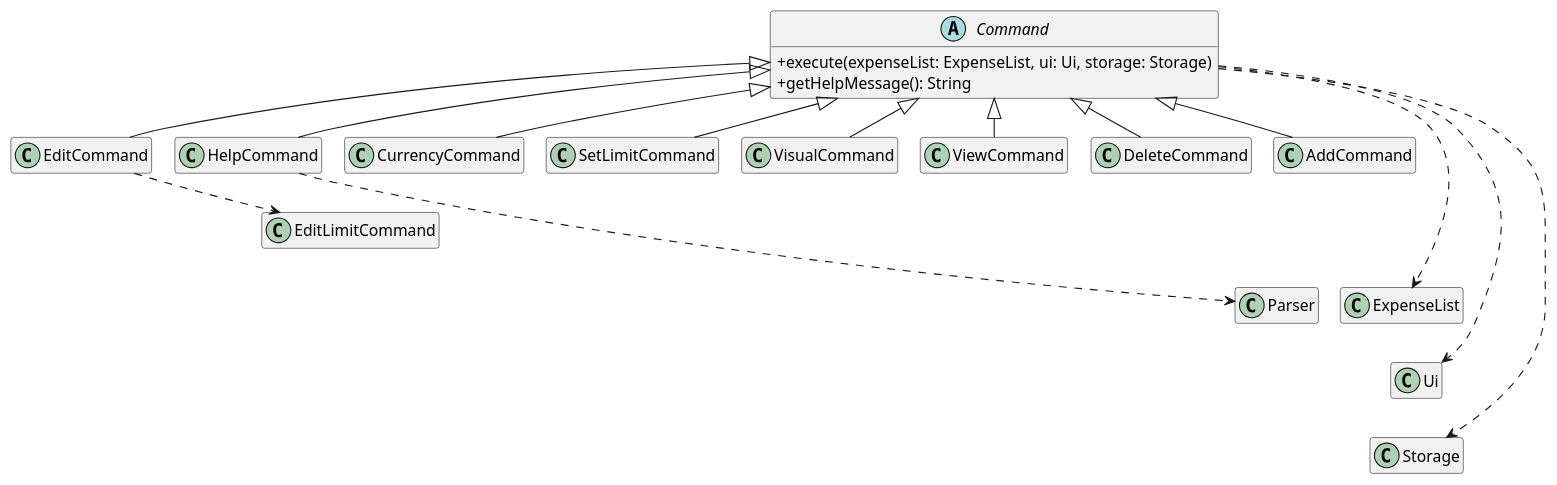
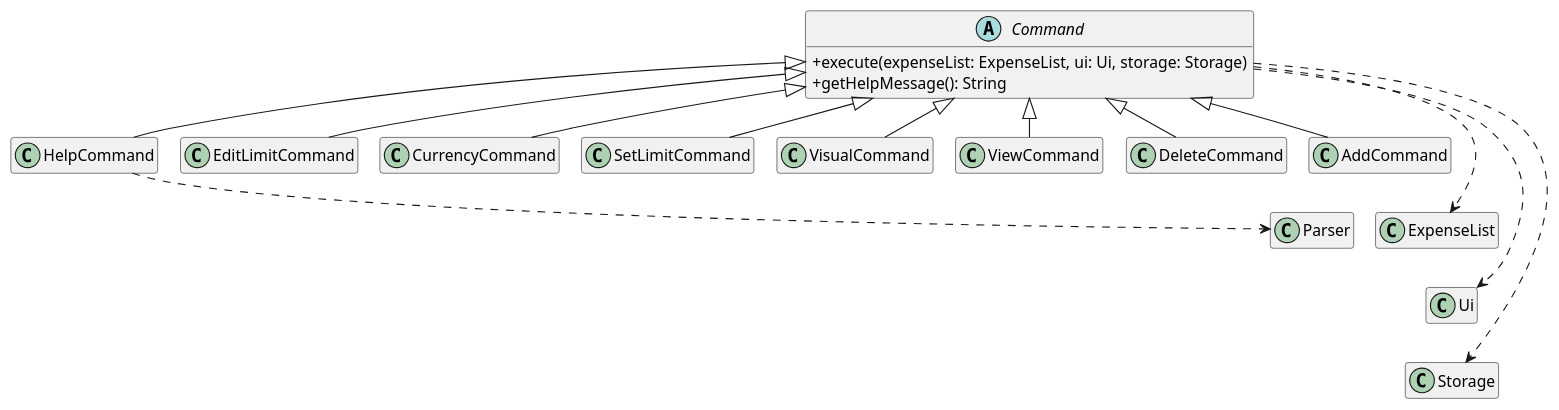
Before and after one commit to natmloclam/tp: the diagram in docs/UML_diagrams/CommandClassDiagram.puml, drawn with PlantUML. The commit also changed 1 other file, not shown here.

Commit message:
Update command component class diagram

```diff
--- a/docs/UML_diagrams/CommandClassDiagram.puml
+++ b/docs/UML_diagrams/CommandClassDiagram.puml
@@ -1,53 +1,50 @@
 @startuml
 top to bottom direction
 skinparam classAttributeIconSize 0
 skinparam ranksep 35
 skinparam nodesep 20
 hide empty members
 
 abstract class Command {
     +execute(expenseList: ExpenseList, ui: Ui, storage: Storage)
     +getHelpMessage(): String
 }
 
 together {
     class AddCommand
     class DeleteCommand
     class ViewCommand
     class VisualCommand
     class SetLimitCommand
     class CurrencyCommand
-    class EditCommand
+    class EditLimitCommand
     class HelpCommand
 }
-
-class EditLimitCommand
 
 together {
     class ExpenseList
     class Ui
     class Storage
     class Parser
 }
 
 Command <|-- AddCommand
 Command <|-- DeleteCommand
 Command <|-- ViewCommand
 Command <|-- VisualCommand
 Command <|-- SetLimitCommand
 Command <|-- CurrencyCommand
-Command <|-- EditCommand
+Command <|-- EditLimitCommand
 Command <|-- HelpCommand
 
 Command ..> ExpenseList
 Command ..> Ui
 Command ..> Storage
 
-EditCommand ..> EditLimitCommand
 HelpCommand ..> Parser
 
 ExpenseList -[hidden]-> Ui
 Ui -[hidden]-> Storage
 EditLimitCommand -[hidden]-> Parser
 
 @enduml
```
